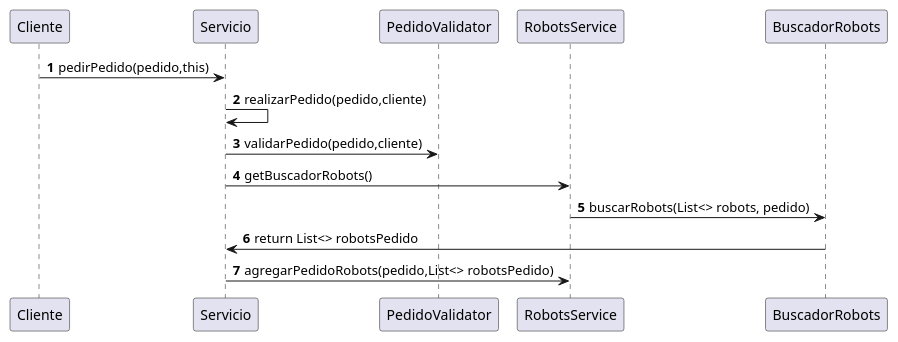
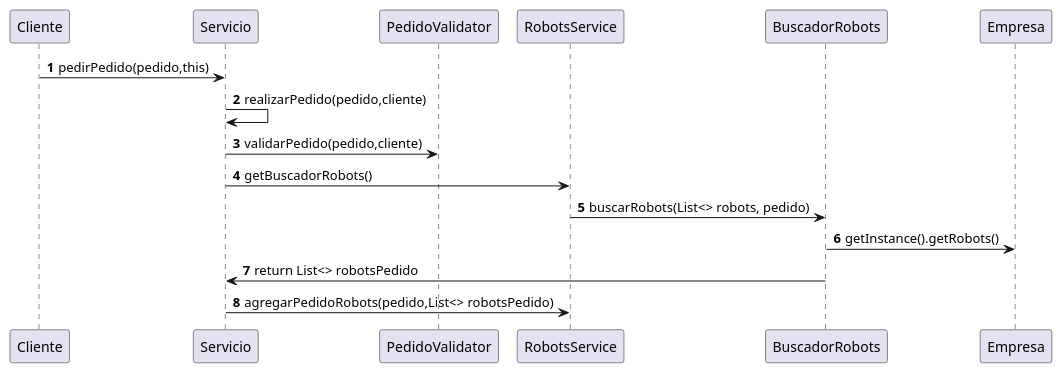
Before and after one commit to bacarvalho/TrabajoPractico: the diagram in src/main/java/com/grupo4/trabajo/Diagramas/diagrama_secuencia_realizarPedido.puml, drawn with PlantUML.

Commit message:
cambios en el diagrama de secuencia.

```diff
--- a/src/main/java/com/grupo4/trabajo/Diagramas/diagrama_secuencia_realizarPedido.puml
+++ b/src/main/java/com/grupo4/trabajo/Diagramas/diagrama_secuencia_realizarPedido.puml
@@ -1,16 +1,17 @@
 @startuml
 'https://plantuml.com/sequence-diagram
 
 autonumber
 
 Cliente -> Servicio: pedirPedido(pedido,this)
 Servicio-> Servicio: realizarPedido(pedido,cliente)
 Servicio-> PedidoValidator: validarPedido(pedido,cliente)
 Servicio-> RobotsService: getBuscadorRobots()
 RobotsService -> BuscadorRobots: buscarRobots(List<> robots, pedido)
+BuscadorRobots -> Empresa: getInstance().getRobots()
 BuscadorRobots -> Servicio: return List<> robotsPedido
 Servicio -> RobotsService: agregarPedidoRobots(pedido,List<> robotsPedido)
 
 
 
 @enduml
```
